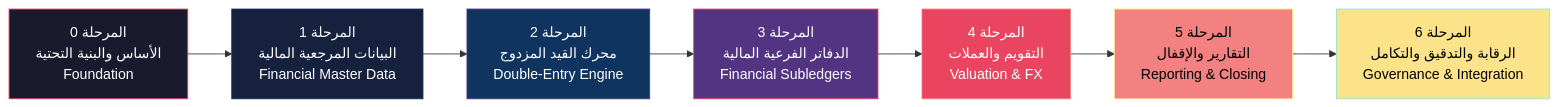
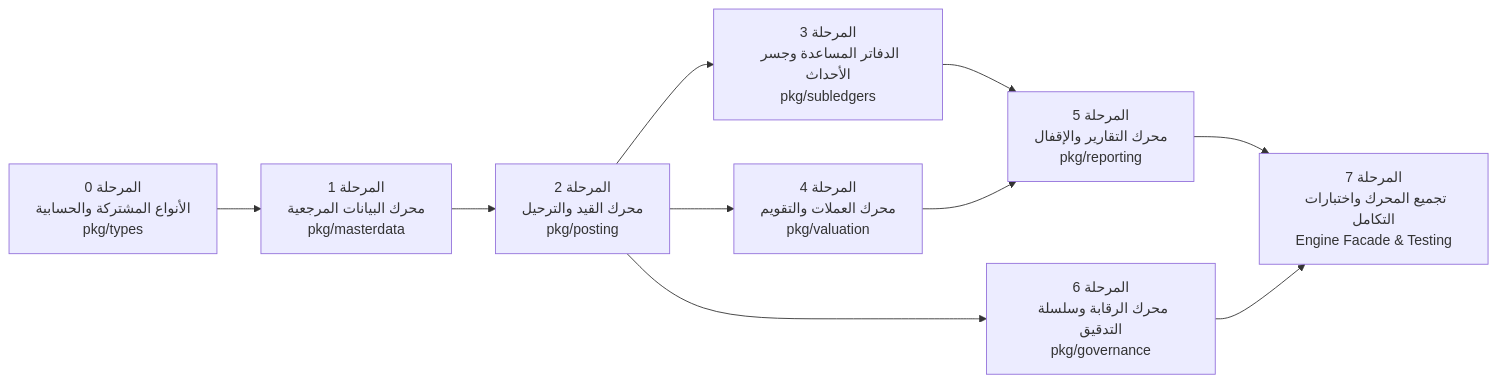
One commit to osmai4603-collab/accounting_engine changed the diagram in docs/financial_accounting_implementation_plan.md. Above: the diagram before and after it, drawn with Mermaid. The commit also changed other lines of this file and 2 other files, not shown here.

````diff
--- a/docs/financial_accounting_implementation_plan.md
+++ b/docs/financial_accounting_implementation_plan.md
@@ -20,20 +201,10 @@
 ```mermaid
 flowchart LR
-    P0["المرحلة 0\nالأساس والبنية التحتية\nFoundation"]
-    P1["المرحلة 1\nالبيانات المرجعية المالية\nFinancial Master Data"]
-    P2["المرحلة 2\nمحرك القيد المزدوج\nDouble-Entry Engine"]
-    P3["المرحلة 3\nالدفاتر الفرعية المالية\nFinancial Subledgers"]
-    P4["المرحلة 4\nالتقويم والعملات\nValuation & FX"]
-    P5["المرحلة 5\nالتقارير والإقفال\nReporting & Closing"]
-    P6["المرحلة 6\nالرقابة والتدقيق والتكامل\nGovernance & Integration"]
-
-    P0 --> P1 --> P2 --> P3 --> P4 --> P5 --> P6
-
-    style P0 fill:#1a1a2e,stroke:#e94560,color:#fff
-    style P1 fill:#16213e,stroke:#0f3460,color:#fff
-    style P2 fill:#0f3460,stroke:#533483,color:#fff
-    style P3 fill:#533483,stroke:#e94560,color:#fff
-    style P4 fill:#e94560,stroke:#f38181,color:#fff
-    style P5 fill:#f38181,stroke:#fce38a,color:#000
-    style P6 fill:#fce38a,stroke:#95e1d3,color:#000
+    Phase0["المرحلة 0\nالأنواع المشتركة والحسابية\npkg/types"] --> Phase1["المرحلة 1\nمحرك البيانات المرجعية\npkg/masterdata"]
+    Phase1 --> Phase2["المرحلة 2\nمحرك القيد والترحيل\npkg/posting"]
+    Phase2 --> Phase3["المرحلة 3\nالدفاتر المساعدة وجسر الأحداث\npkg/subledgers"]
+    Phase2 --> Phase4["المرحلة 4\nمحرك العملات والتقويم\npkg/valuation"]
+    Phase3 & Phase4 --> Phase5["المرحلة 5\nمحرك التقارير والإقفال\npkg/reporting"]
+    Phase2 --> Phase6["المرحلة 6\nمحرك الرقابة وسلسلة التدقيق\npkg/governance"]
+    Phase5 & Phase6 --> Phase7["المرحلة 7\nتجميع المحرك واختبارات التكامل\nEngine Facade & Testing"]
 ```
````
